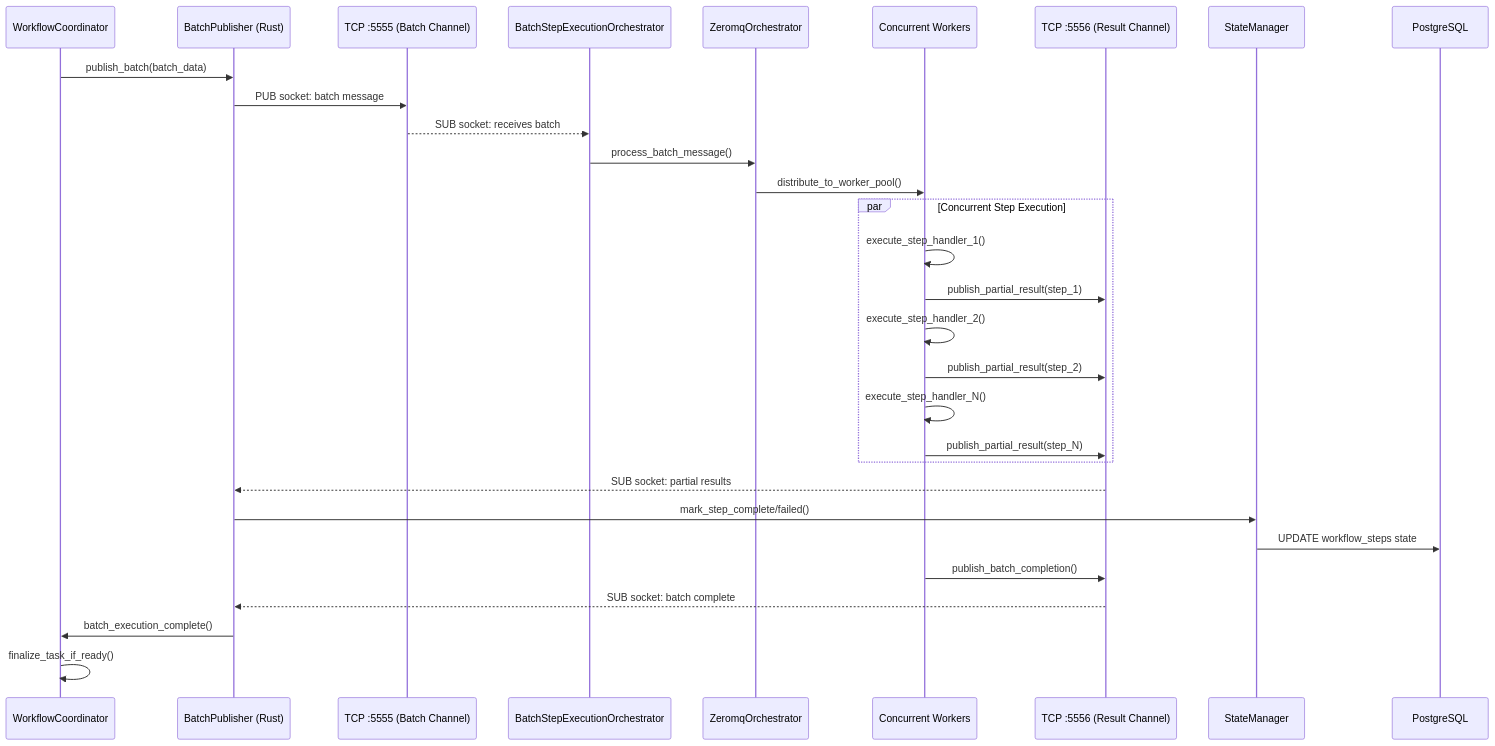
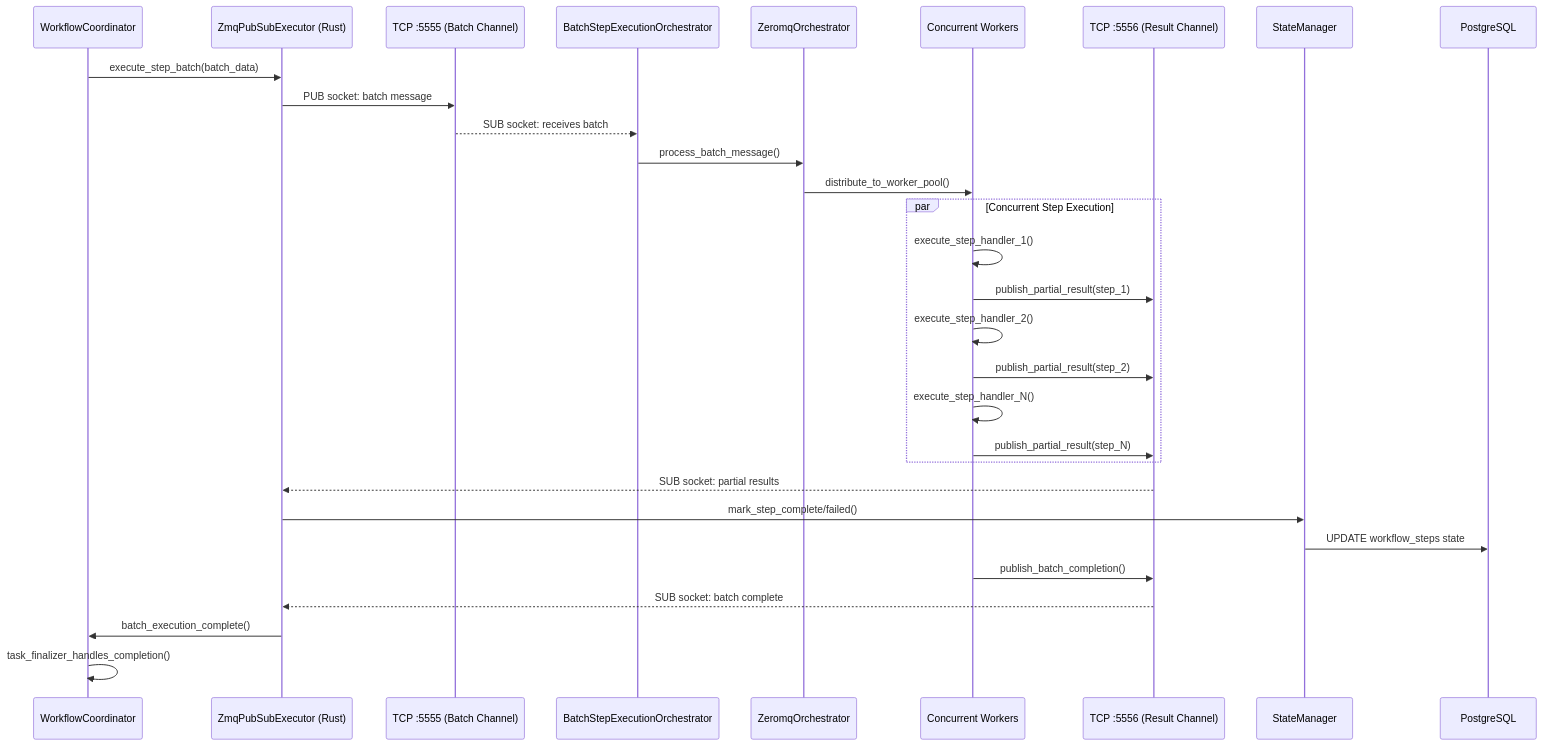
The fourth of 4 diagrams in docs/analysis-after-zeromq.md (tasker-systems/tasker-core-rs), drawn with Mermaid before and after one commit. The commit also changed other lines of this file and 55 other files, not shown here.

````diff
--- a/docs/analysis-after-zeromq.md
+++ b/docs/analysis-after-zeromq.md
@@ -398,36 +400,36 @@
 ```mermaid
 sequenceDiagram
     participant WC as WorkflowCoordinator
-    participant BP as BatchPublisher (Rust)
+    participant BP as ZmqPubSubExecutor (Rust)
     participant TCP1 as TCP :5555 (Batch Channel)
     participant BSEO as BatchStepExecutionOrchestrator
-    participant ZO as ZeromqOrchestrator  
+    participant ZO as ZeromqOrchestrator
     participant Workers as Concurrent Workers
     participant TCP2 as TCP :5556 (Result Channel)
     participant SM as StateManager
     participant DB as PostgreSQL
-    
-    WC->>BP: publish_batch(batch_data)
+
+    WC->>BP: execute_step_batch(batch_data)
     BP->>TCP1: PUB socket: batch message
     TCP1-->>BSEO: SUB socket: receives batch
     BSEO->>ZO: process_batch_message()
     ZO->>Workers: distribute_to_worker_pool()
-    
+
     par Concurrent Step Execution
         Workers->>Workers: execute_step_handler_1()
         Workers->>TCP2: publish_partial_result(step_1)
-        Workers->>Workers: execute_step_handler_2() 
+        Workers->>Workers: execute_step_handler_2()
         Workers->>TCP2: publish_partial_result(step_2)
         Workers->>Workers: execute_step_handler_N()
         Workers->>TCP2: publish_partial_result(step_N)
     end
-    
+
     TCP2-->>BP: SUB socket: partial results
     BP->>SM: mark_step_complete/failed()
     SM->>DB: UPDATE workflow_steps state
-    
+
     Workers->>TCP2: publish_batch_completion()
     TCP2-->>BP: SUB socket: batch complete
     BP->>WC: batch_execution_complete()
-    WC->>WC: finalize_task_if_ready()
+    WC->>WC: task_finalizer_handles_completion()
 ```
````
